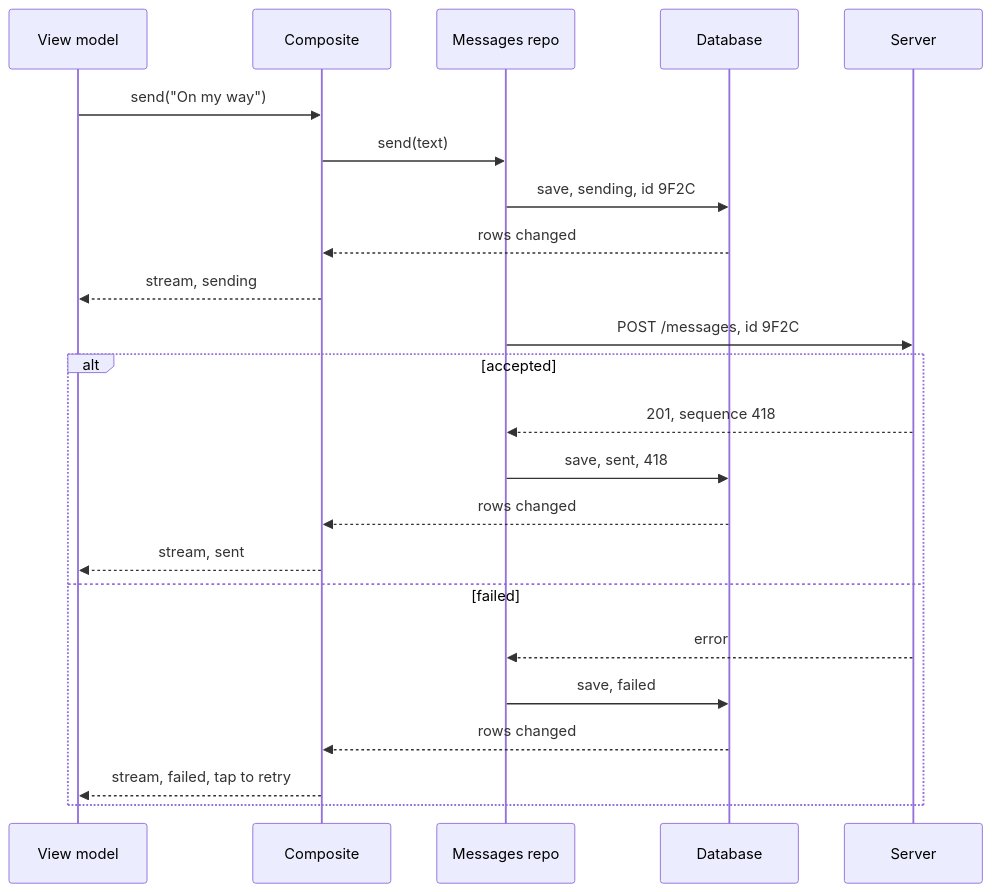
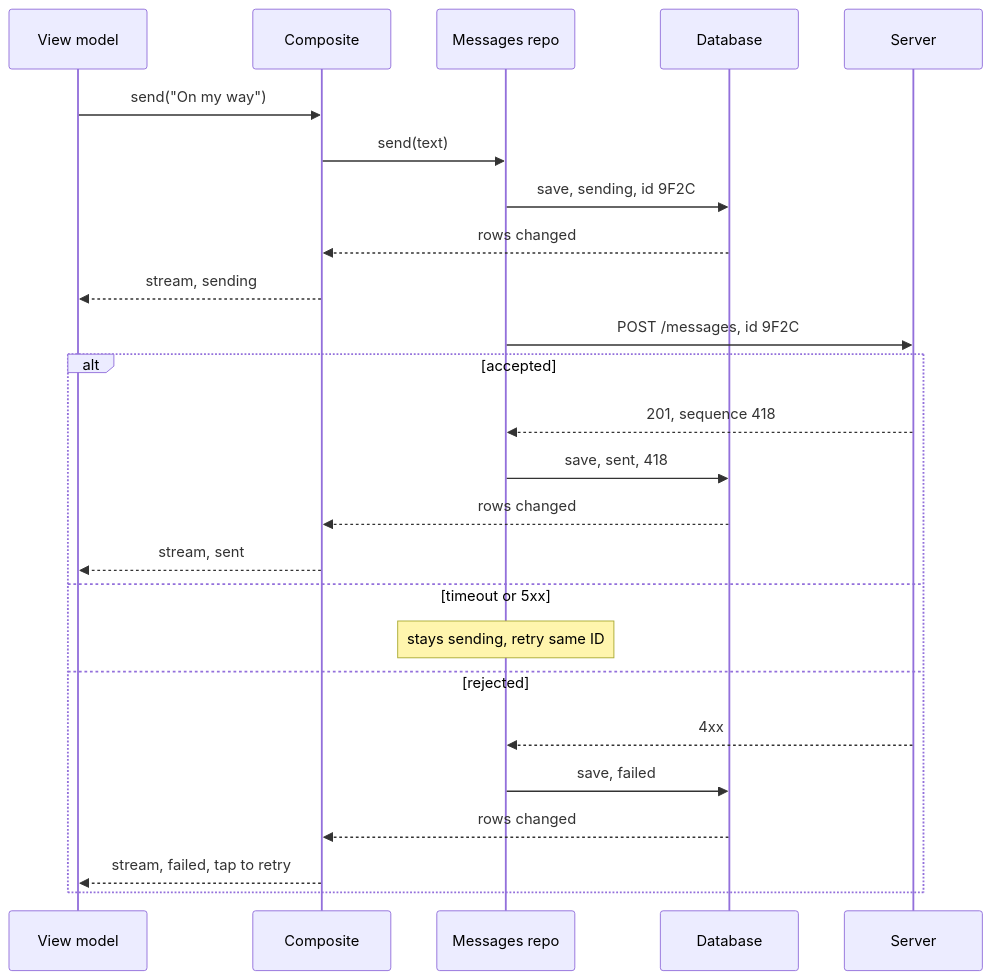
One commit to rezabina86/reference-desk changed the second of 4 diagrams in topics/system-design/03-chat-client.md. Above: the diagram before and after it, drawn with Mermaid. The commit also changed other lines of this file and 5 other files, not shown here.

````diff
--- a/topics/system-design/03-chat-client.md
+++ b/topics/system-design/03-chat-client.md
@@ -336,25 +359,27 @@
 ```mermaid
 sequenceDiagram
   participant VM as View model
   participant C as Composite
   participant M as Messages repo
   participant DB as Database
   participant S as Server
   VM->>C: send("On my way")
   C->>M: send(text)
   M->>DB: save, sending, id 9F2C
   DB-->>C: rows changed
   C-->>VM: stream, sending
   M->>S: POST /messages, id 9F2C
   alt accepted
     S-->>M: 201, sequence 418
     M->>DB: save, sent, 418
     DB-->>C: rows changed
     C-->>VM: stream, sent
-  else failed
-    S-->>M: error
+  else timeout or 5xx
+    Note over M: stays sending, retry same ID
+  else rejected
+    S-->>M: 4xx
     M->>DB: save, failed
     DB-->>C: rows changed
     C-->>VM: stream, failed, tap to retry
   end
 ```
````
